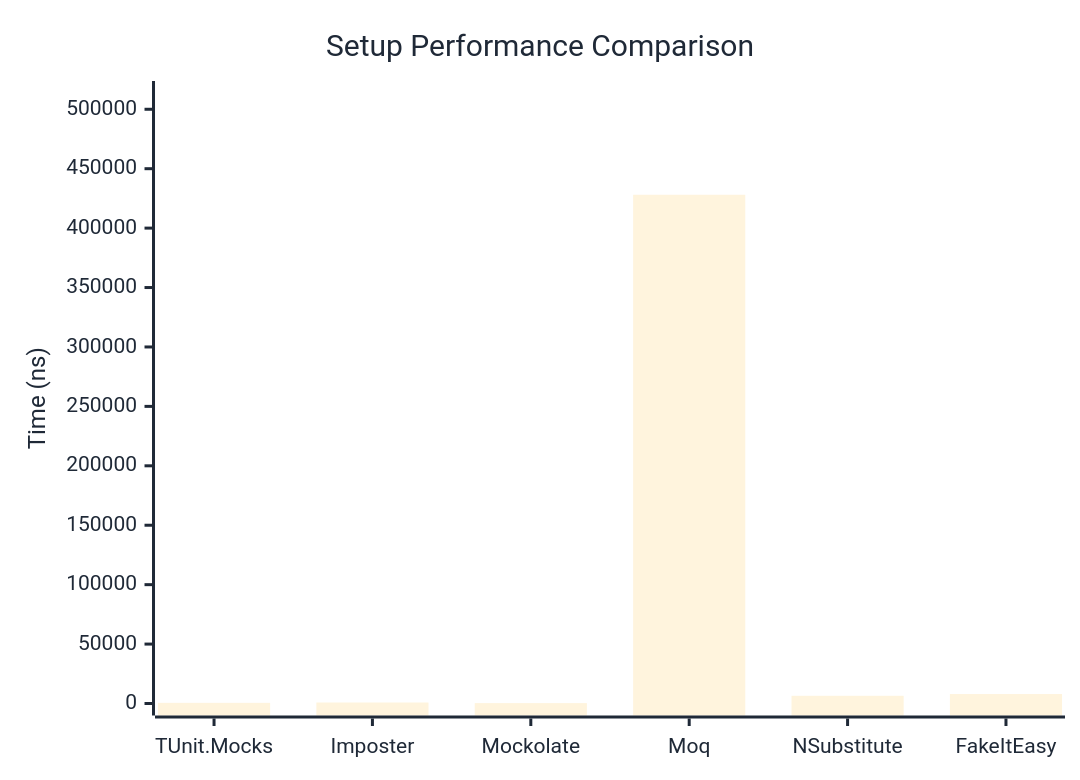
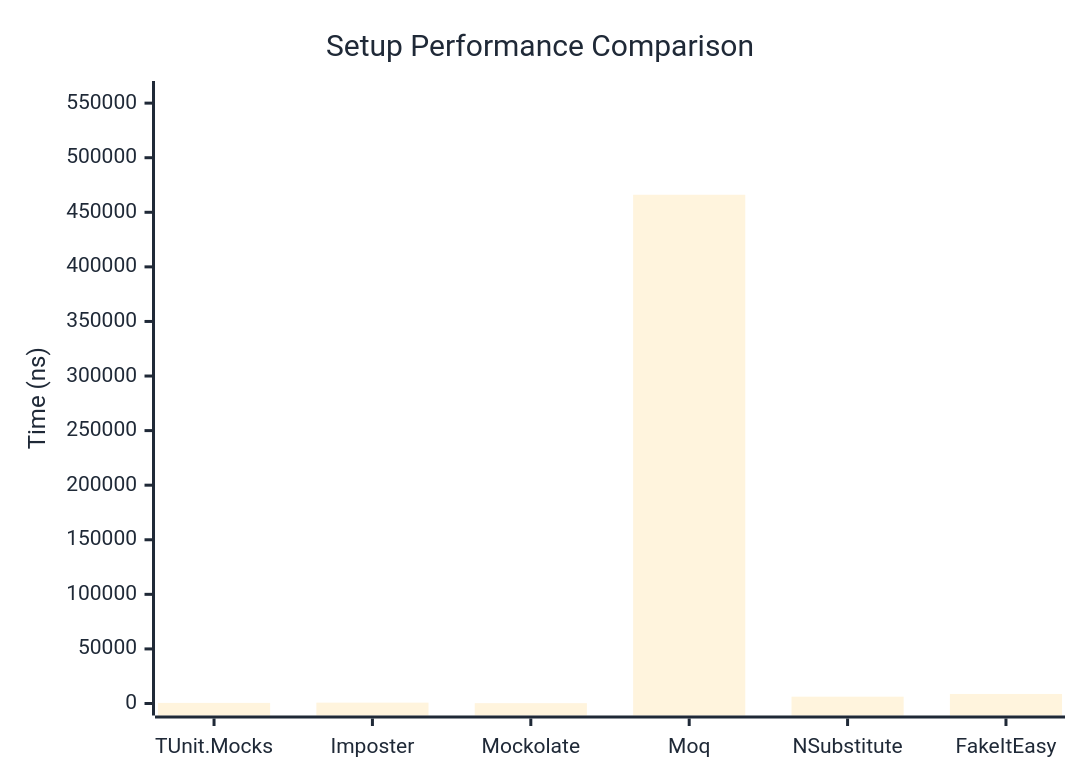
Before and after one commit to thomhurst/TUnit: the first of 2 diagrams in docs/docs/benchmarks/mocks/Setup.md, drawn with Mermaid. The commit also changed other lines of this file and 14 other files, not shown here.

````diff
--- a/docs/docs/benchmarks/mocks/Setup.md
+++ b/docs/docs/benchmarks/mocks/Setup.md
@@ -30,27 +30,27 @@
 ```mermaid
 %%{init: {
   'theme':'base',
   'themeVariables': {
     'primaryColor': '#2563eb',
     'primaryTextColor': '#1f2937',
     'primaryBorderColor': '#1e40af',
     'lineColor': '#6b7280',
     'secondaryColor': '#7c3aed',
     'tertiaryColor': '#dc2626',
     'background': '#ffffff',
     'pie1': '#2563eb',
     'pie2': '#7c3aed',
     'pie3': '#dc2626',
     'pie4': '#f59e0b',
     'pie5': '#10b981',
     'pie6': '#06b6d4',
     'pie7': '#ec4899',
     'pie8': '#6366f1'
   }
 }}%%
 xychart-beta
   title "Setup Performance Comparison"
   x-axis ["TUnit.Mocks", "Imposter", "Mockolate", "Moq", "NSubstitute", "FakeItEasy"]
-  y-axis "Time (ns)" 0 --> 513687
-  bar [557.6, 839.8, 326.3, 428072, 6479.2, 7947.1]
+  y-axis "Time (ns)" 0 --> 559284
+  bar [556.6, 770.9, 316.5, 466069.3, 6256.7, 8731.4]
 ```
````
